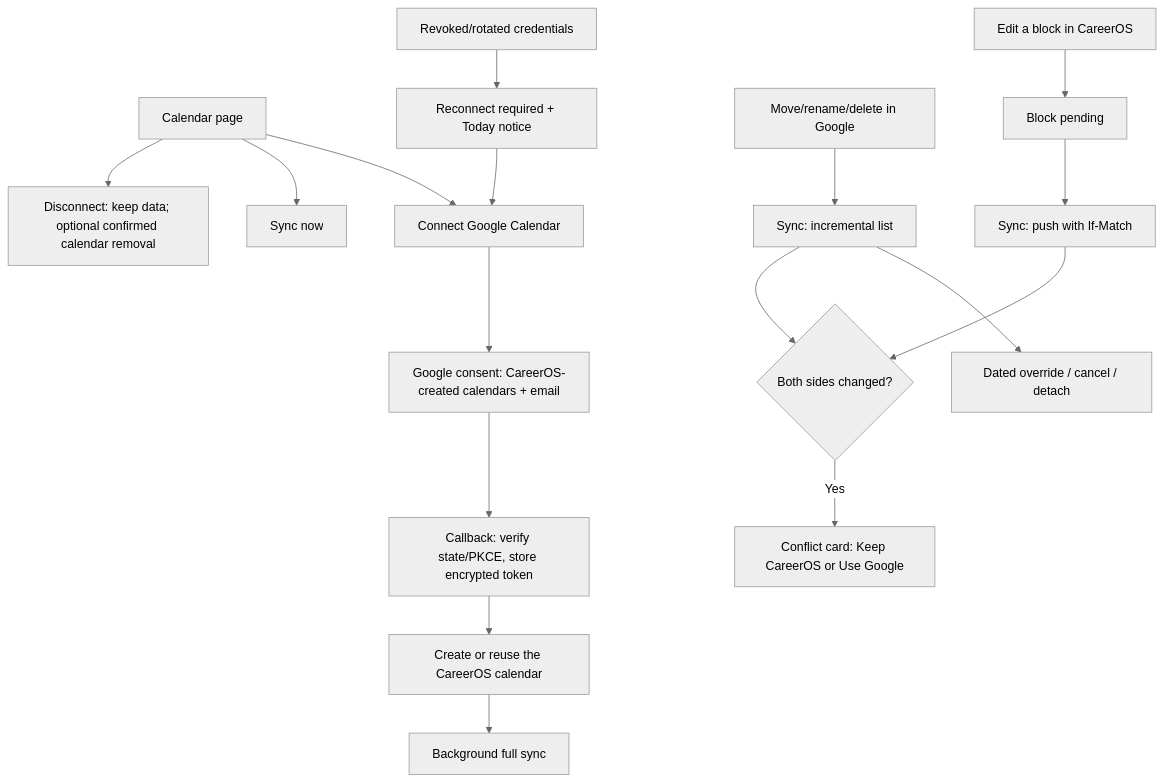
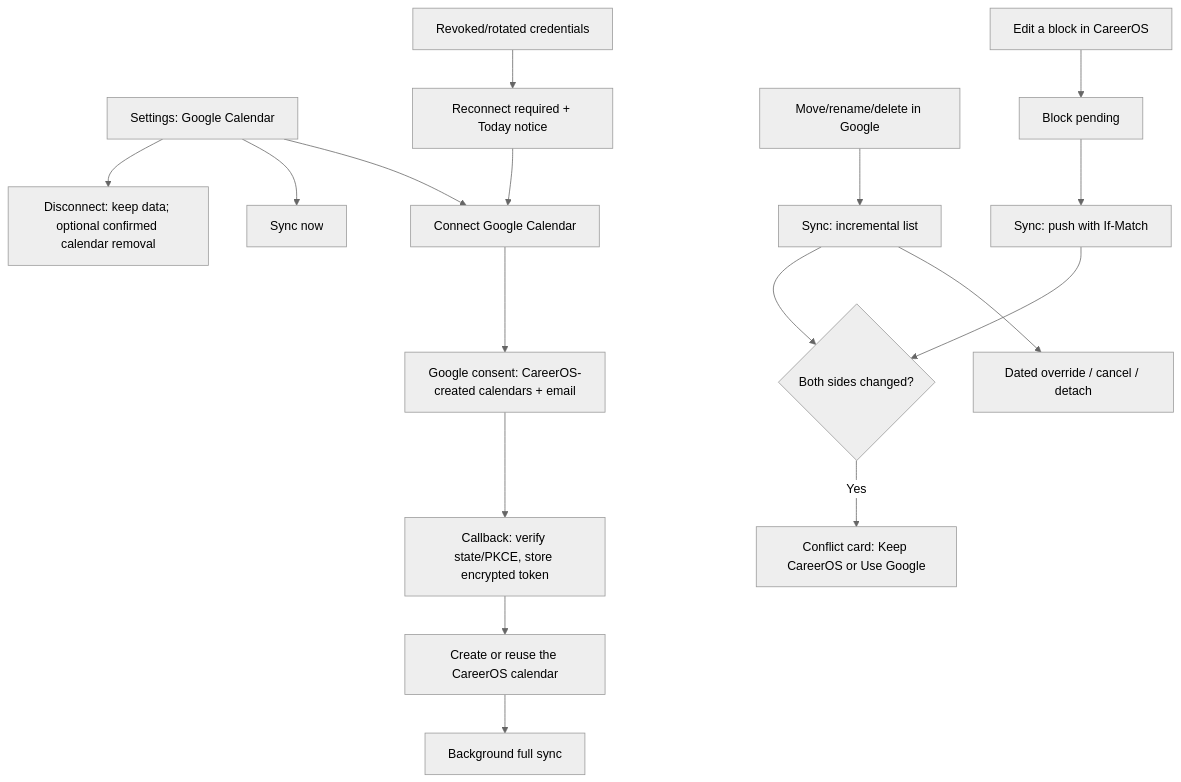
One commit to Shams261/CareerOs changed the seventh of 9 diagrams in docs/product/user-flows.md. Above: the diagram before and after it, drawn with Mermaid (neutral theme). The commit also changed other lines of this file and 8 other files, not shown here.

````diff
--- a/docs/product/user-flows.md
+++ b/docs/product/user-flows.md
@@ -135,17 +135,17 @@
 ```mermaid
 flowchart TD
-  Cal[Calendar page] --> Connect[Connect Google Calendar]
+  Cal[Settings: Google Calendar] --> Connect[Connect Google Calendar]
   Connect --> Google[Google consent: CareerOS-created calendars + email]
   Google --> Callback[Callback: verify state/PKCE, store encrypted token]
   Callback --> Dedicated[Create or reuse the CareerOS calendar]
   Dedicated --> Full[Background full sync]
   Edit[Edit a block in CareerOS] --> Pending[Block pending] --> Push[Sync: push with If-Match]
   GEdit[Move/rename/delete in Google] --> Pull[Sync: incremental list]
   Pull --> Override[Dated override / cancel / detach]
   Push --> Both{Both sides changed?}
   Pull --> Both
   Both -->|Yes| Conflict[Conflict card: Keep CareerOS or Use Google]
   Cal --> SyncNow[Sync now]
   Cal --> Disconnect[Disconnect: keep data; optional confirmed calendar removal]
   Revoked[Revoked/rotated credentials] --> Reauth[Reconnect required + Today notice] --> Connect
 ```
````
